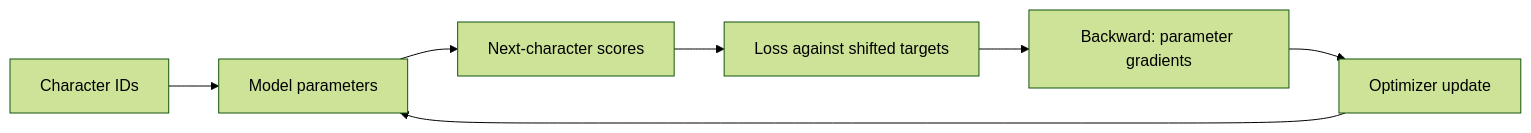
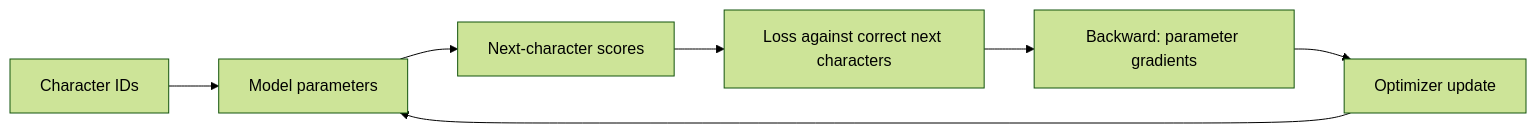
Before and after one commit to slinjhu/akashic: the diagram in docs/llm/nanogpt.md, drawn with Mermaid (forest theme). The commit also changed other lines of this file and 2 other files, not shown here.

Commit message:
Clarify nanoGPT setup and training concepts with diagrams

````diff
--- a/docs/llm/nanogpt.md
+++ b/docs/llm/nanogpt.md
@@ -153,9 +142,9 @@
 ```mermaid
 flowchart LR
   X["Character IDs"] --> M["Model parameters"]
   M --> P["Next-character scores"]
-  P --> L["Loss against shifted targets"]
+  P --> L["Loss against correct next characters"]
   L --> G["Backward: parameter gradients"]
   G --> U["Optimizer update"]
   U --> M
 ```
````
